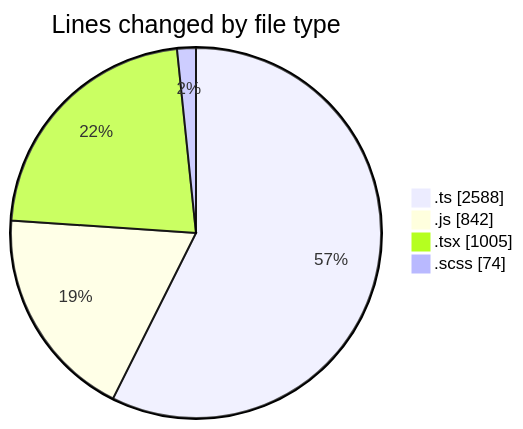
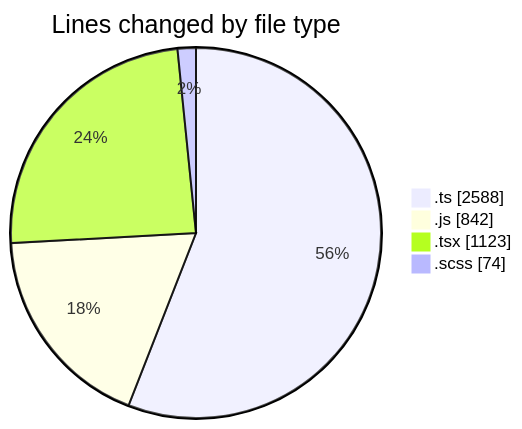
One commit to momahboobian/code-tracking changed the first of 2 diagrams in 2026-08-19/cda/README.md. Above: the diagram before and after it, drawn with Mermaid. The commit also changed other lines of this file and 1 other file, not shown here.

````diff
--- a/2026-08-19/cda/README.md
+++ b/2026-08-19/cda/README.md
@@ -40,8 +40,8 @@
 ```mermaid
 pie showData
 title Lines changed by file type
 ".ts" : 2588
 ".js" : 842
-".tsx" : 1005
+".tsx" : 1123
 ".scss" : 74
 ```
````
